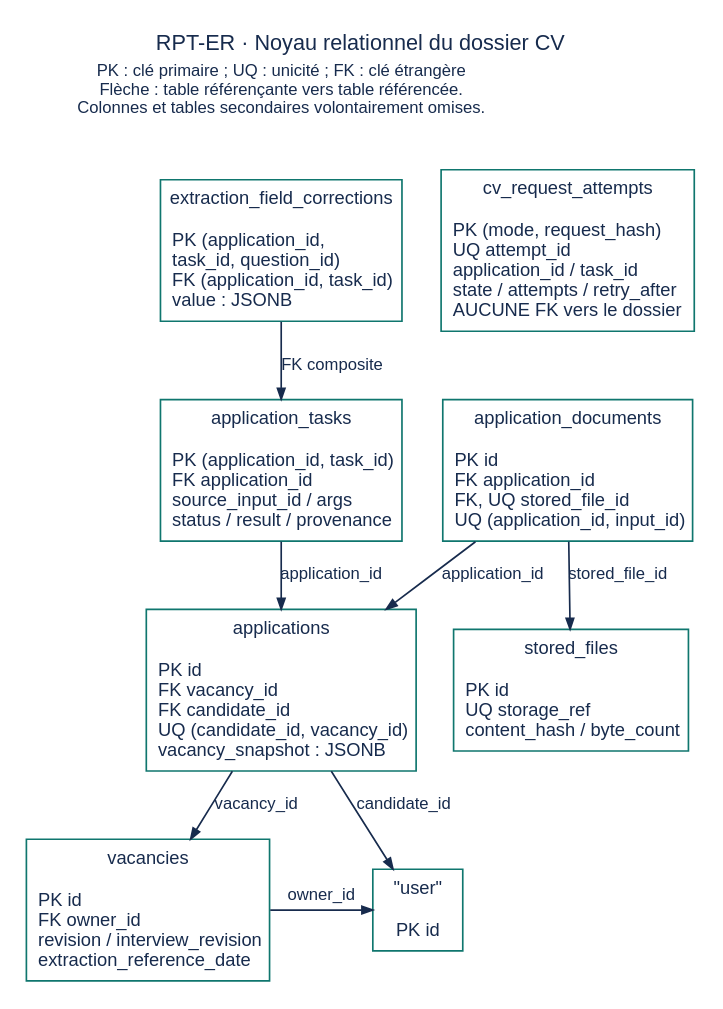
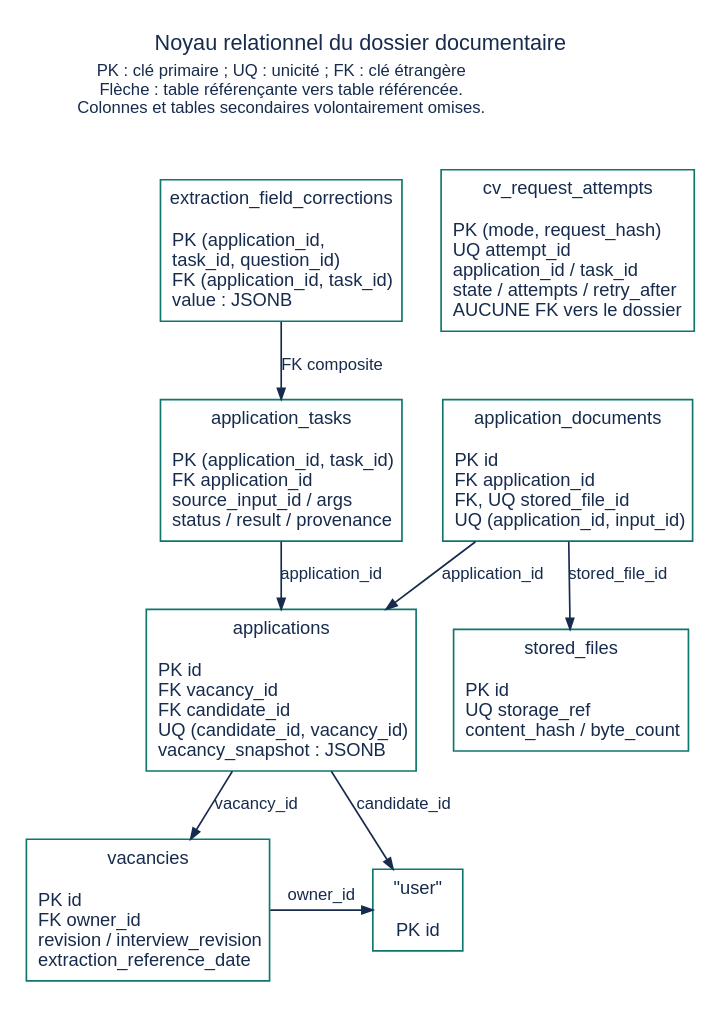
The diagram in presentation/report/diagrams/RPT-ER.dot (abdelkarim-ayed/cap-recruitment), drawn with Graphviz before and after one commit. The commit also changed 48 other files, not shown here.

```diff
--- a/presentation/report/diagrams/RPT-ER.dot
+++ b/presentation/report/diagrams/RPT-ER.dot
@@ -1,33 +1,33 @@
 // Selected physical schema, migrations 001–010; not the conceptual DIA-03.
 // Arrows go from referencing table to referenced table. No invented ledger FK.
 digraph ER {
   graph [rankdir=TB, bgcolor="white", pad=0.12, nodesep=0.3, ranksep=0.4,
     fontname="Liberation Sans", fontsize=13, fontcolor="#172B4D",
-    label="RPT-ER · Noyau relationnel du dossier CV", labelloc=t, splines=polyline];
+    label="Noyau relationnel du dossier documentaire", labelloc=t, splines=polyline];
   node [shape=box, fontname="Liberation Sans", fontsize=11, color="#0F766E",
     fontcolor="#172B4D", style=filled, fillcolor="white", margin="0.1,0.08"];
   edge [color="#172B4D", fontcolor="#172B4D", fontname="Liberation Sans", fontsize=10, arrowsize=0.65];
   user [label="\"user\"\n\nPK id"];
   vacancies [label="vacancies\n\nPK id\lFK owner_id\lrevision / interview_revision\lextraction_reference_date\l"];
   applications [label="applications\n\nPK id\lFK vacancy_id\lFK candidate_id\lUQ (candidate_id, vacancy_id)\lvacancy_snapshot : JSONB\l"];
   tasks [label="application_tasks\n\nPK (application_id, task_id)\lFK application_id\lsource_input_id / args\lstatus / result / provenance\l"];
   documents [label="application_documents\n\nPK id\lFK application_id\lFK, UQ stored_file_id\lUQ (application_id, input_id)\l"];
   files [label="stored_files\n\nPK id\lUQ storage_ref\lcontent_hash / byte_count\l"];
   corrections [label="extraction_field_corrections\n\nPK (application_id,\l task_id, question_id)\lFK (application_id, task_id)\lvalue : JSONB\l"];
   ledger [label="cv_request_attempts\n\nPK (mode, request_hash)\lUQ attempt_id\lapplication_id / task_id\lstate / attempts / retry_after\lAUCUNE FK vers le dossier\l"];
   vacancies -> user [label="owner_id"];
   applications -> user [label="candidate_id"];
   applications -> vacancies [label="vacancy_id"];
   tasks -> applications [label="application_id"];
   documents -> applications [label="application_id"];
   documents -> files [label="stored_file_id"];
   corrections -> tasks [label="FK composite"];
   {rank=same; user; vacancies;}
   {rank=same; applications; files;}
   {rank=same; tasks; documents;}
   {rank=same; corrections; ledger;}
   // Layout only: ledger deliberately has no relational edge.
   ledger -> documents [style=invis];
   note [shape=plain, fontsize=10, label="PK : clé primaire ; UQ : unicité ; FK : clé étrangère\nFlèche : table référençante vers table référencée.\nColonnes et tables secondaires volontairement omises."];
   note -> corrections [style=invis];
 }
```
